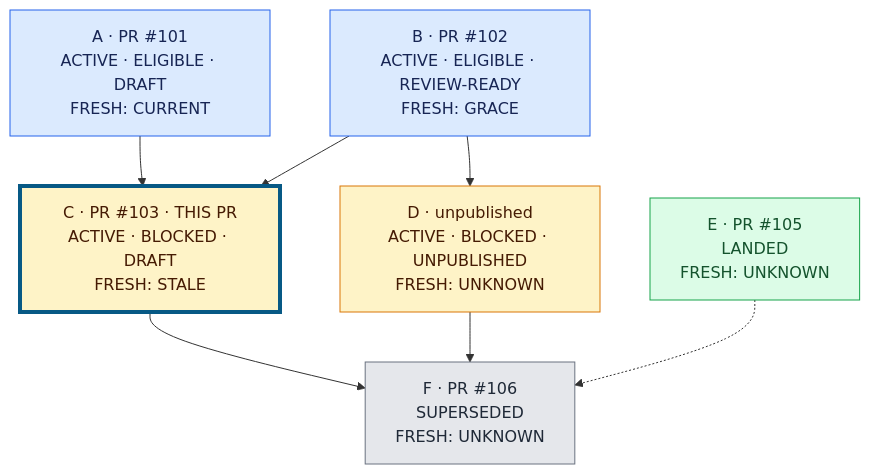
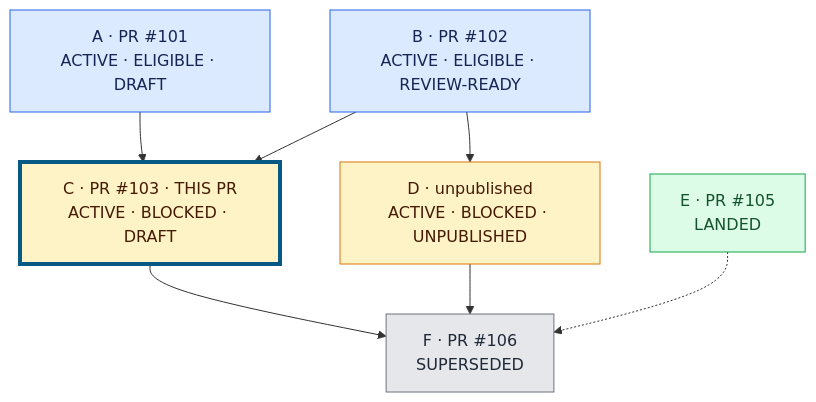
One commit to khmakoto/copilot-skills changed the diagram in skills/pr-graph/references/pr-diagrams.md. Above: the diagram before and after it, drawn with Mermaid. The commit also changed other lines of this file and 16 other files, not shown here.

First line of the commit message:
Add pr-graph import recovery and reconstruction reuse (#35)

````diff
--- a/skills/pr-graph/references/pr-diagrams.md
+++ b/skills/pr-graph/references/pr-diagrams.md
@@ -84,25 +86,25 @@
 ```mermaid
 flowchart TD
-    n_a["A · PR #101<br/>ACTIVE · ELIGIBLE · DRAFT<br/>FRESH: CURRENT"]
-    n_b["B · PR #102<br/>ACTIVE · ELIGIBLE · REVIEW-READY<br/>FRESH: GRACE"]
-    n_c["C · PR #103 · THIS PR<br/>ACTIVE · BLOCKED · DRAFT<br/>FRESH: STALE"]
-    n_d["D · unpublished<br/>ACTIVE · BLOCKED · UNPUBLISHED<br/>FRESH: UNKNOWN"]
-    n_e["E · PR #105<br/>LANDED<br/>FRESH: UNKNOWN"]
-    n_f["F · PR #106<br/>SUPERSEDED<br/>FRESH: UNKNOWN"]
+    n_a["A · PR #101<br/>ACTIVE · ELIGIBLE · DRAFT"]
+    n_b["B · PR #102<br/>ACTIVE · ELIGIBLE · REVIEW-READY"]
+    n_c["C · PR #103 · THIS PR<br/>ACTIVE · BLOCKED · DRAFT"]
+    n_d["D · unpublished<br/>ACTIVE · BLOCKED · UNPUBLISHED"]
+    n_e["E · PR #105<br/>LANDED"]
+    n_f["F · PR #106<br/>SUPERSEDED"]
     n_a --> n_c
     n_b --> n_c
     n_b --> n_d
     n_c --> n_f
     n_d --> n_f
     n_e -.-> n_f
     classDef eligible fill:#dbeafe,stroke:#2563eb,color:#172554
     classDef blocked fill:#fef3c7,stroke:#d97706,color:#451a03
     classDef landed fill:#dcfce7,stroke:#16a34a,color:#14532d
     classDef superseded fill:#e5e7eb,stroke:#6b7280,color:#1f2937
     classDef selected stroke:#075985,stroke-width:4px
     class n_a,n_b eligible
     class n_c,n_d blocked
     class n_e landed
     class n_f superseded
     class n_c selected
 ```
````
